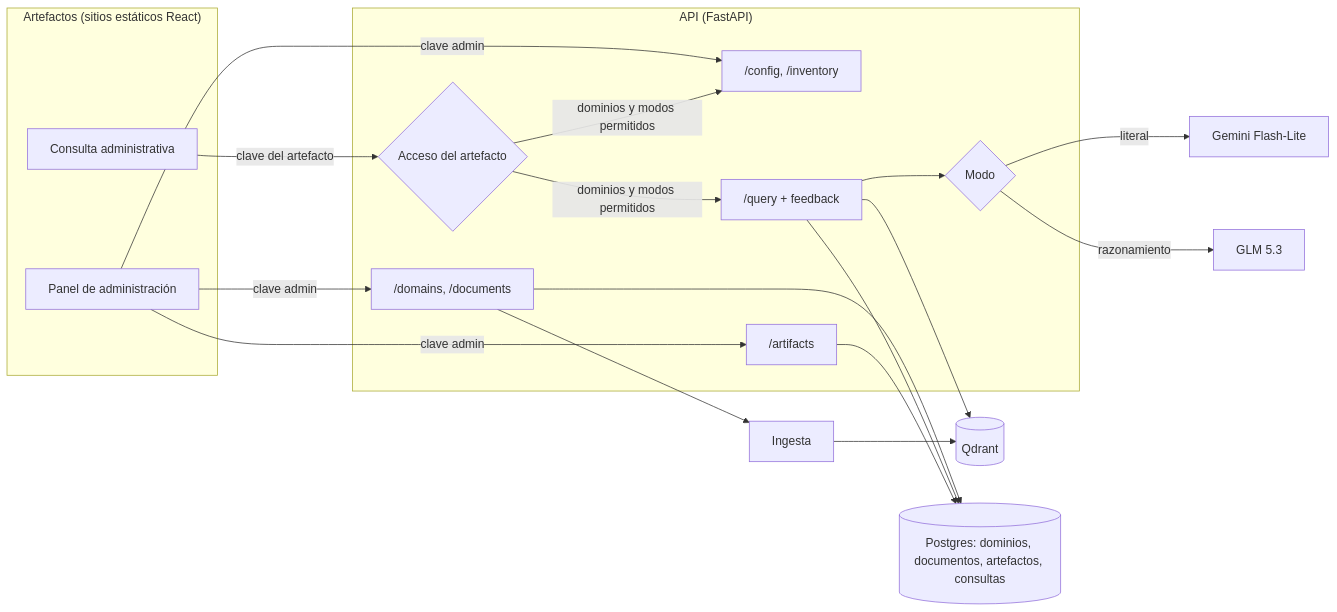
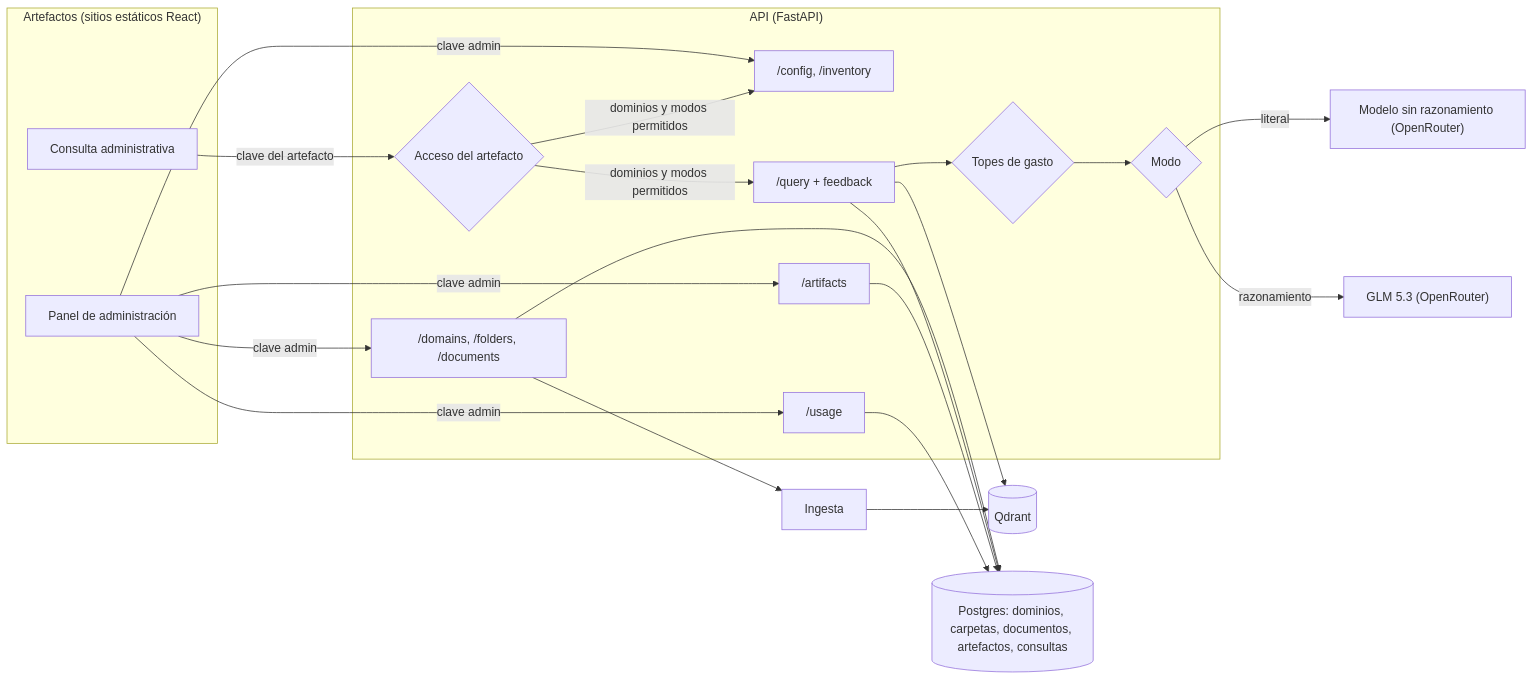
The diagram in docs/Definicion_Requerimientos_V2.md (K-lobiTo/MIA), drawn with Mermaid before and after one commit. The commit also changed other lines of this file, not shown here.

Commit message:
Agregar carpetas en los dominios, topes de gasto por artefacto y el módulo Uso al panel de administración

````diff
--- a/docs/Definicion_Requerimientos_V2.md
+++ b/docs/Definicion_Requerimientos_V2.md
@@ -197,27 +268,29 @@
 ```mermaid
 flowchart LR
     subgraph Artefactos["Artefactos (sitios estáticos React)"]
         ADM[Panel de administración]
         CON[Consulta administrativa]
     end
 
     subgraph API["API (FastAPI)"]
         CFG["/config, /inventory"]
-        DOM["/domains, /documents"]
+        DOM["/domains, /folders, /documents"]
         ART["/artifacts"]
         ACC{Acceso del artefacto}
         Q["/query + feedback"]
+        USO["/usage"]
+        TOPE{Topes de gasto}
         MODOS{Modo}
     end
 
-    ADM -->|clave admin| CFG & DOM & ART
+    ADM -->|clave admin| CFG & DOM & ART & USO
     CON -->|clave del artefacto| ACC
     ACC -->|dominios y modos permitidos| CFG & Q
-    Q --> MODOS
-    MODOS -->|literal| GEM[Gemini Flash-Lite]
-    MODOS -->|razonamiento| GLM[GLM 5.3]
+    Q --> TOPE --> MODOS
+    MODOS -->|literal| LIT["Modelo sin razonamiento (OpenRouter)"]
+    MODOS -->|razonamiento| GLM["GLM 5.3 (OpenRouter)"]
     DOM --> ING[Ingesta]
     ING --> QD[(Qdrant)]
     Q --> QD
-    DOM & Q & ART --> PG[(Postgres: dominios, documentos, artefactos, consultas)]
+    DOM & Q & ART & USO --> PG[(Postgres: dominios, carpetas, documentos, artefactos, consultas)]
 ```
````
